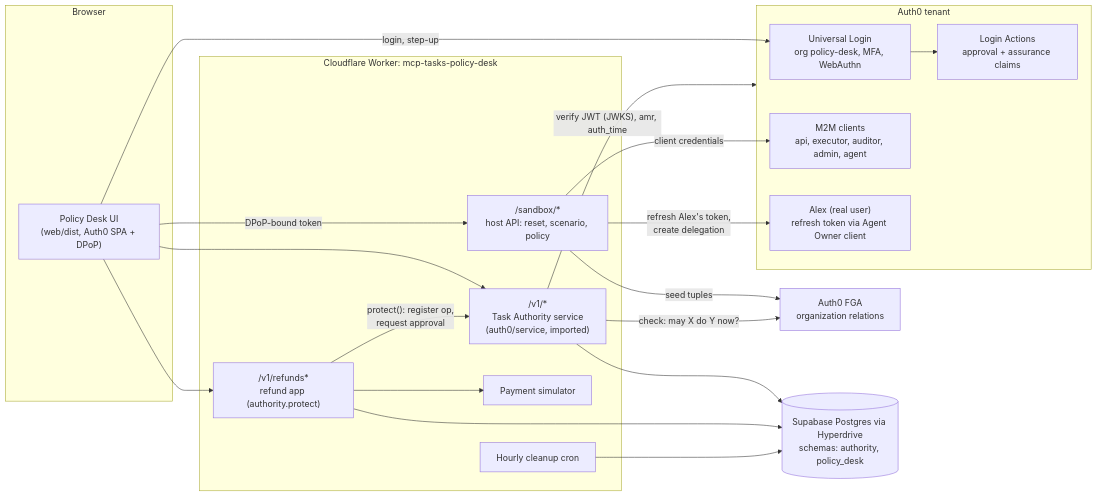
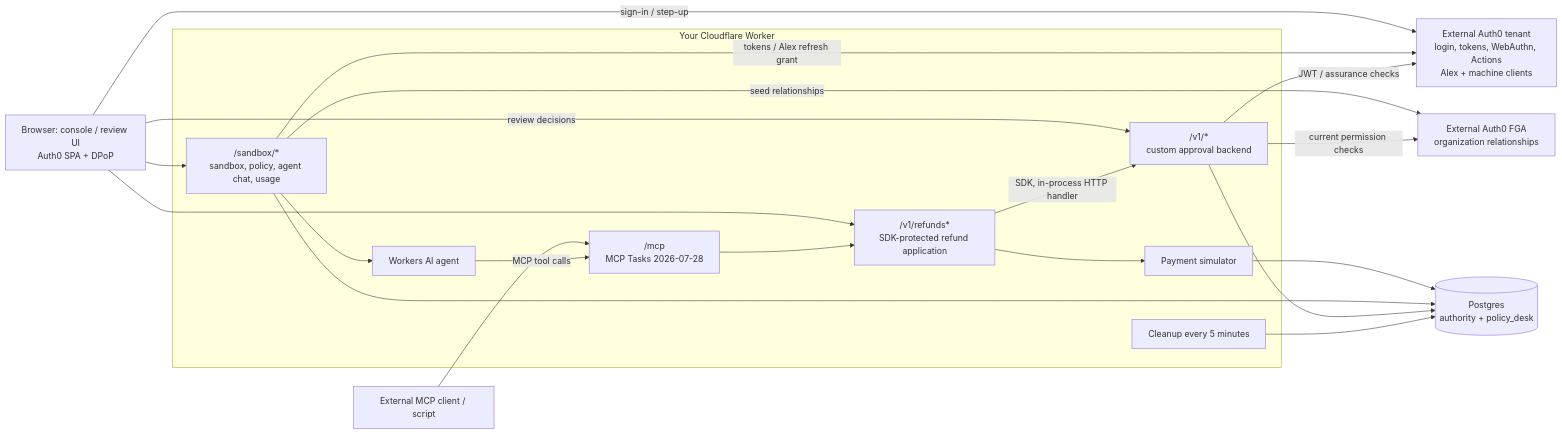
Before and after one commit to bharath31/mcp-tasks: the diagram in demo/policy-desk/ARCHITECTURE.md, drawn with Mermaid. The commit also changed other lines of this file and 34 other files, not shown here.

First line of the commit message:
Correct documentation against the implemented approval architecture (#7)

````diff
--- a/demo/policy-desk/ARCHITECTURE.md
+++ b/demo/policy-desk/ARCHITECTURE.md
@@ -5,40 +7,35 @@
 ```mermaid
 flowchart LR
-  subgraph Browser
-    UI["Policy Desk UI<br/>(web/dist, Auth0 SPA + DPoP)"]
+  UI["Browser: console / review UI<br/>Auth0 SPA + DPoP"]
+  MCPClient["External MCP client / script"]
+  subgraph CF["Your Cloudflare Worker"]
+    HOST["/sandbox/*<br/>sandbox, policy, agent chat, usage"]
+    AGENT["Workers AI agent"]
+    MCP["/mcp<br/>MCP Tasks 2026-07-28"]
+    APP["/v1/refunds*<br/>SDK-protected refund application"]
+    TA["/v1/*<br/>custom approval backend"]
+    SIM["Payment simulator"]
+    CRON["Cleanup every 5 minutes"]
   end
-
-  subgraph CF["Cloudflare Worker: mcp-tasks-policy-desk"]
-    HOST["/sandbox/*<br/>host API: reset, scenario, policy"]
-    APP["/v1/refunds*<br/>refund app (authority.protect)"]
-    TA["/v1/*<br/>Task Authority service<br/>(auth0/service, imported)"]
-    SIM["Payment simulator"]
-    CRON["Hourly cleanup cron"]
-  end
-
-  subgraph Auth0["Auth0 tenant"]
-    UL["Universal Login<br/>org policy-desk, MFA, WebAuthn"]
-    ACT["Login Actions<br/>approval + assurance claims"]
-    M2M["M2M clients<br/>api, executor, auditor, admin, agent"]
-    ALEX["Alex (real user)<br/>refresh token via Agent Owner client"]
-  end
-
-  FGA["Auth0 FGA<br/>organization relations"]
-  PG[("Supabase Postgres via Hyperdrive<br/>schemas: authority, policy_desk")]
-
-  UI -- "login, step-up" --> UL
-  UL --> ACT
-  UI -- "DPoP-bound token" --> HOST
+  AUTH["External Auth0 tenant<br/>login, tokens, WebAuthn, Actions<br/>Alex + machine clients"]
+  FGA["External Auth0 FGA<br/>organization relationships"]
+  PG[("Postgres<br/>authority + policy_desk")]
+  UI -- "sign-in / step-up" --> AUTH
+  UI --> HOST
   UI --> APP
-  UI --> TA
-  HOST -- "seed tuples" --> FGA
-  HOST -- "refresh Alex's token,<br/>create delegation" --> ALEX
-  APP -- "protect(): register op,<br/>request approval" --> TA
+  UI -- "review decisions" --> TA
+  MCPClient --> MCP
+  HOST --> AGENT
+  AGENT -- "MCP tool calls" --> MCP
+  MCP --> APP
+  HOST -- "tokens / Alex refresh grant" --> AUTH
+  HOST -- "seed relationships" --> FGA
+  APP -- "SDK, in-process HTTP handler" --> TA
+  TA -- "JWT / assurance checks" --> AUTH
+  TA -- "current permission checks" --> FGA
   APP --> SIM
-  TA -- "check: may X do Y now?" --> FGA
-  TA -- "verify JWT (JWKS), amr, auth_time" --> Auth0
-  HOST -- "client credentials" --> M2M
+  SIM --> PG
+  HOST --> PG
   TA --> PG
-  APP --> PG
   CRON --> PG
 ```
````
